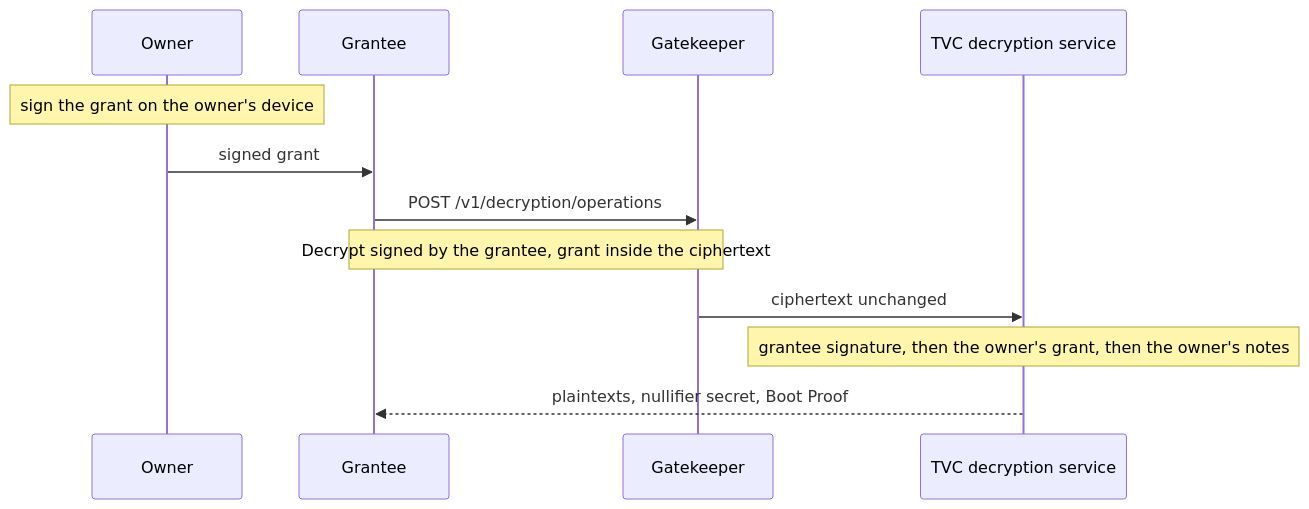
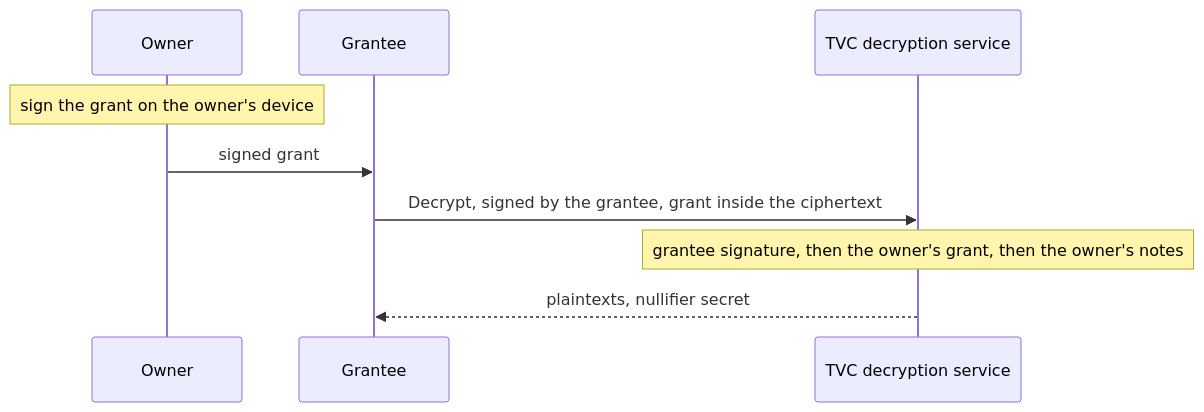
The fourth of 5 diagrams in docs/spec.md (helius-labs/spr-tvc), drawn with Mermaid before and after one commit. The commit also changed other lines of this file, not shown here.

Commit message:
Leave the gatekeeper out of the view-grant sequence.

````diff
--- a/docs/spec.md
+++ b/docs/spec.md
@@ -207,15 +207,12 @@
 ```mermaid
 sequenceDiagram
     participant Owner
     participant Grantee
-    participant Gatekeeper
     participant Service as TVC decryption service
 
     Note over Owner: sign the grant on the owner's device
     Owner->>Grantee: signed grant
-    Grantee->>Gatekeeper: POST /v1/decryption/operations
-    Note over Grantee,Gatekeeper: Decrypt signed by the grantee, grant inside the ciphertext
-    Gatekeeper->>Service: ciphertext unchanged
+    Grantee->>Service: Decrypt, signed by the grantee, grant inside the ciphertext
     Note over Service: grantee signature, then the owner's grant, then the owner's notes
-    Service-->>Grantee: plaintexts, nullifier secret, Boot Proof
+    Service-->>Grantee: plaintexts, nullifier secret
 ```
````
